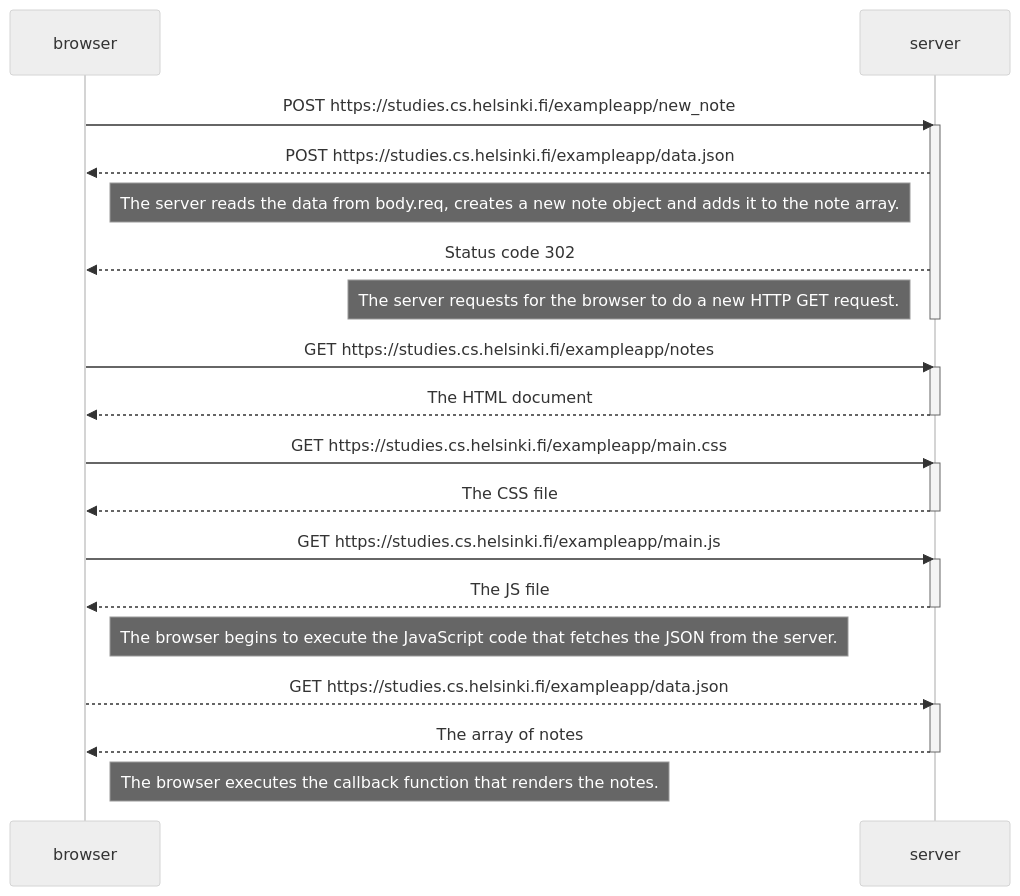
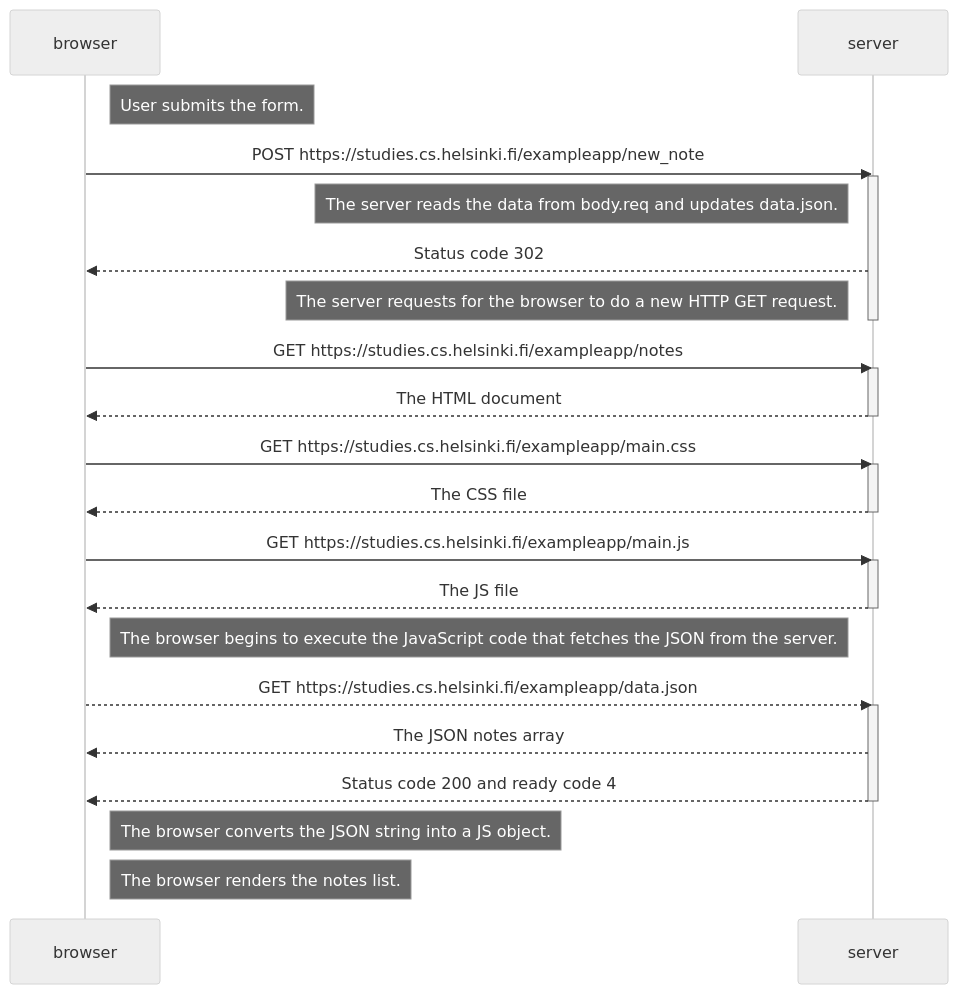
The diagram in part-0/part-0.4.md (Slothvely/full-stack-open-2023), drawn with Mermaid (neutral theme) before and after one commit.

````diff
--- a/part-0/part-0.4.md
+++ b/part-0/part-0.4.md
@@ -1,32 +1,33 @@
 ```mermaid
 sequenceDiagram
   participant browser
   participant server
 
+     Note right of browser: User submits the form.
   browser->>server: POST https://studies.cs.helsinki.fi/exampleapp/new_note
     activate server
-  server-->>browser: POST https://studies.cs.helsinki.fi/exampleapp/data.json
-    Note left of server: The server reads the data from body.req, creates a new note object and adds it to the note array.
+    Note left of server: The server reads the data from body.req and updates data.json.
   server-->>browser: Status code 302
     Note left of server: The server requests for the browser to do a new HTTP GET request.
     deactivate server
   browser->>server: GET https://studies.cs.helsinki.fi/exampleapp/notes
       activate server
   server-->>browser: The HTML document
     deactivate server
   browser->>server: GET https://studies.cs.helsinki.fi/exampleapp/main.css
     activate server
   server-->>browser: The CSS file
     deactivate server
   browser->>server: GET https://studies.cs.helsinki.fi/exampleapp/main.js
     activate server
   server-->>browser: The JS file
     deactivate server
     Note right of browser: The browser begins to execute the JavaScript code that fetches the JSON from the server.
-
   browser-->>server: GET https://studies.cs.helsinki.fi/exampleapp/data.json
     activate server
-  server-->>browser: The array of notes
+  server-->>browser: The JSON notes array
+  server-->>browser: Status code 200 and ready code 4
     deactivate server
-    Note right of browser: The browser executes the callback function that renders the notes.
+    Note right of browser: The browser converts the JSON string into a JS object.
+    Note right of browser: The browser renders the notes list.
 ```
````
